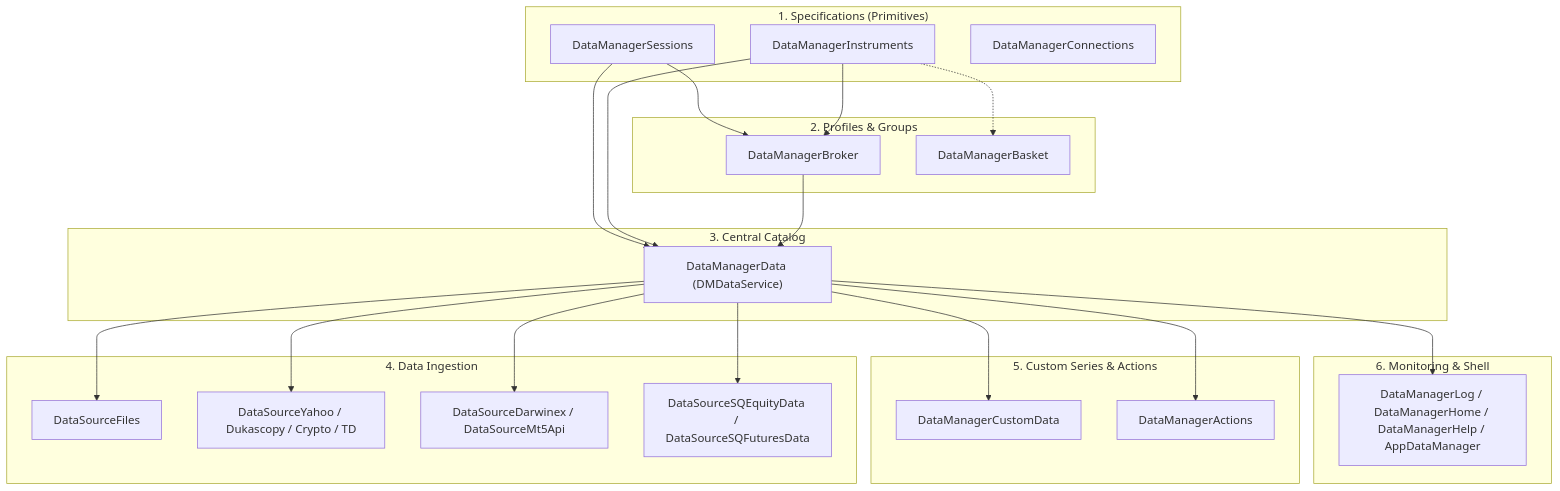
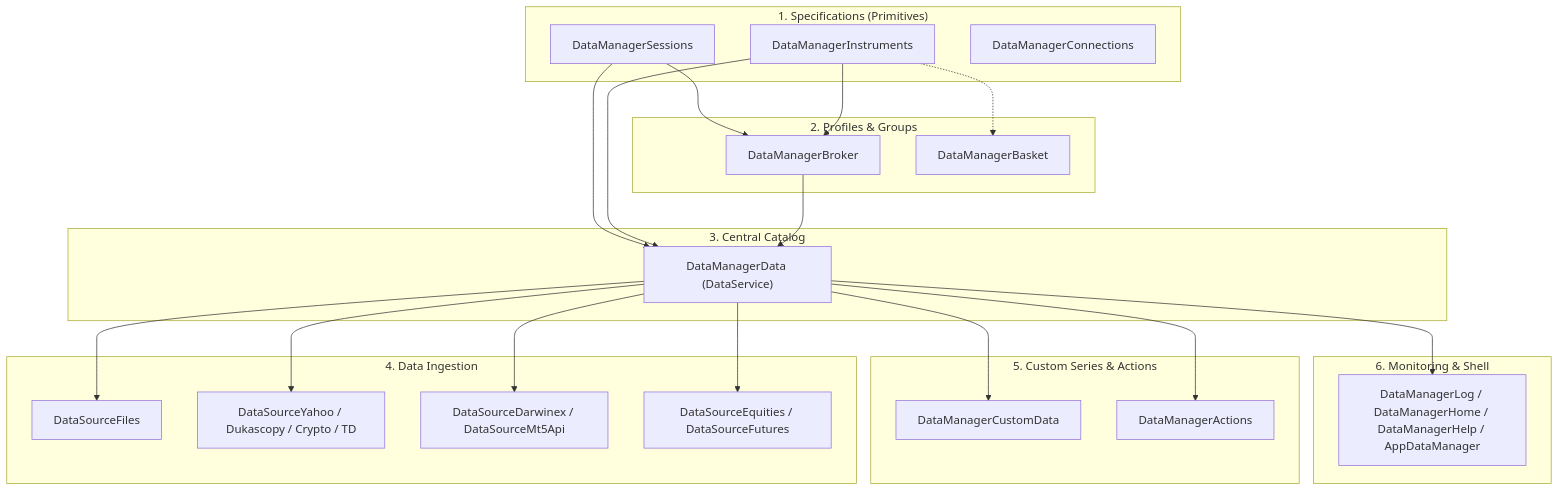
One commit to haruperi/HaruQuantAI changed the second of 5 diagrams in docs/SQX/architecture-and-reimplementation.md. Above: the diagram before and after it, drawn with Mermaid. The commit also changed other lines of this file, not shown here.

````diff
--- a/docs/SQX/architecture-and-reimplementation.md
+++ b/docs/SQX/architecture-and-reimplementation.md
@@ -388,42 +388,42 @@
 ```mermaid
 flowchart TD
     subgraph S1["1. Specifications (Primitives)"]
         Instruments["DataManagerInstruments"]
         Sessions["DataManagerSessions"]
         Connections["DataManagerConnections"]
     end
     subgraph S2["2. Profiles & Groups"]
         Broker["DataManagerBroker"]
         Basket["DataManagerBasket"]
     end
     subgraph S3["3. Central Catalog"]
-        Data["DataManagerData (DMDataService)"]
+        Data["DataManagerData (DataService)"]
     end
     subgraph S4["4. Data Ingestion"]
         DSFiles["DataSourceFiles"]
         DSPublic["DataSourceYahoo / Dukascopy / Crypto / TD"]
         DSBridges["DataSourceDarwinex / DataSourceMt5Api"]
-        DSSub["DataSourceSQEquityData / DataSourceSQFuturesData"]
+        DSSub["DataSourceEquities / DataSourceFutures"]
     end
     subgraph S5["5. Custom Series & Actions"]
         CustomData["DataManagerCustomData"]
         Actions["DataManagerActions"]
     end
     subgraph S6["6. Monitoring & Shell"]
         DMLog["DataManagerLog / DataManagerHome / DataManagerHelp / AppDataManager"]
     end
 
     Instruments --> Broker
     Sessions --> Broker
     Instruments -.-> Basket
     Broker --> Data
     Instruments --> Data
     Sessions --> Data
     Data --> DSFiles
     Data --> DSPublic
     Data --> DSBridges
     Data --> DSSub
     Data --> CustomData
     Data --> Actions
     Data --> DMLog
 ```
````
